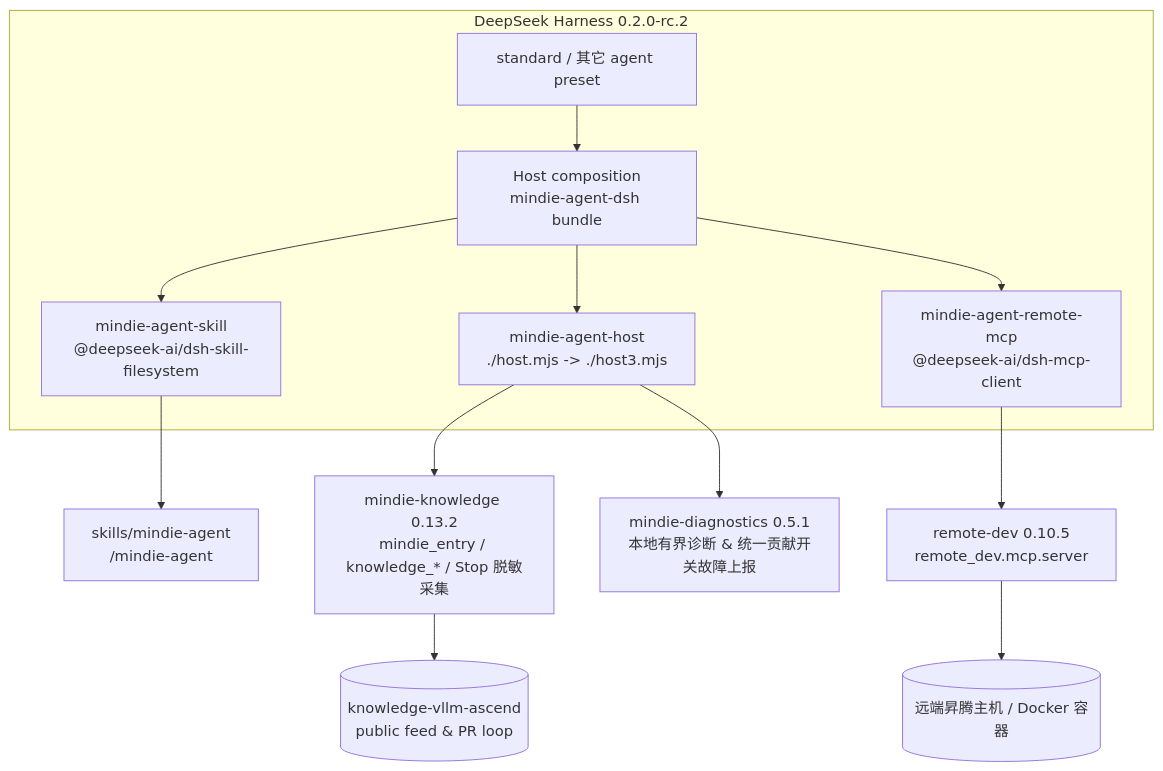
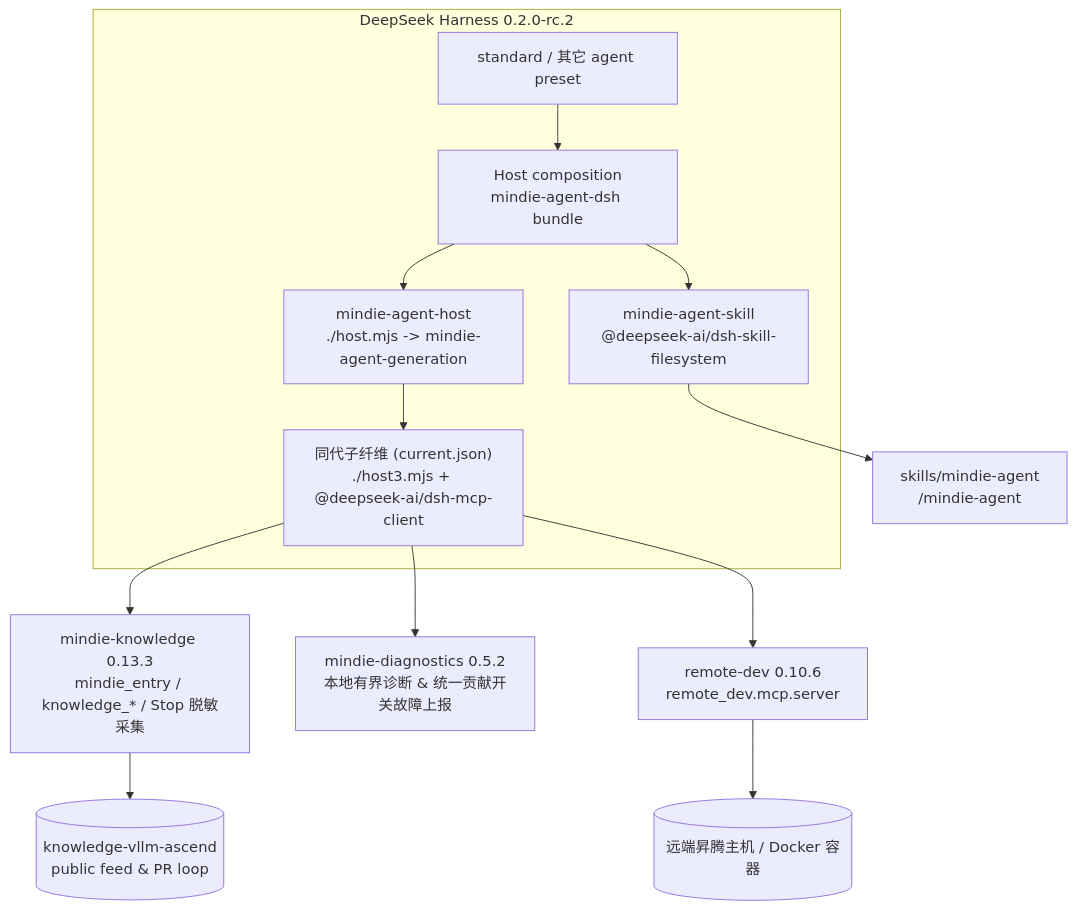
The diagram in README.md (mindie-agent/mindie-agent-dsh), drawn with Mermaid before and after one commit. The commit also changed other lines of this file and 10 other files, not shown here.

````diff
--- a/README.md
+++ b/README.md
@@ -200,20 +200,20 @@
 ```mermaid
 flowchart TB
   subgraph DSH["DeepSeek Harness 0.2.0-rc.2"]
     HOST["Host composition<br/>mindie-agent-dsh bundle"]
     STD["standard / 其它 agent preset"]
     SKILL["mindie-agent-skill<br/>@deepseek-ai/dsh-skill-filesystem"]
-    HPLUG["mindie-agent-host<br/>./host.mjs -> ./host3.mjs"]
-    RMC["mindie-agent-remote-mcp<br/>@deepseek-ai/dsh-mcp-client"]
+    HPLUG["mindie-agent-host<br/>./host.mjs -> mindie-agent-generation"]
+    GEN["同代子纤维 (current.json)<br/>./host3.mjs + @deepseek-ai/dsh-mcp-client"]
     STD --> HOST
     HOST --> SKILL
     HOST --> HPLUG
-    HOST --> RMC
+    HPLUG --> GEN
   end
   SKILL --> SK["skills/mindie-agent<br/>/mindie-agent"]
-  HPLUG --> KS["mindie-knowledge 0.13.2<br/>mindie_entry / knowledge_* / Stop 脱敏采集"]
-  HPLUG --> DIAG["mindie-diagnostics 0.5.1<br/>本地有界诊断 & 统一贡献开关故障上报"]
+  GEN --> KS["mindie-knowledge 0.13.3<br/>mindie_entry / knowledge_* / Stop 脱敏采集"]
+  GEN --> DIAG["mindie-diagnostics 0.5.2<br/>本地有界诊断 & 统一贡献开关故障上报"]
   KS --> FEED[("knowledge-vllm-ascend<br/>public feed & PR loop")]
-  RMC --> RD["remote-dev 0.10.5<br/>remote_dev.mcp.server"]
+  GEN --> RD["remote-dev 0.10.6<br/>remote_dev.mcp.server"]
   RD --> NPU[("远端昇腾主机 / Docker 容器")]
 ```
````
